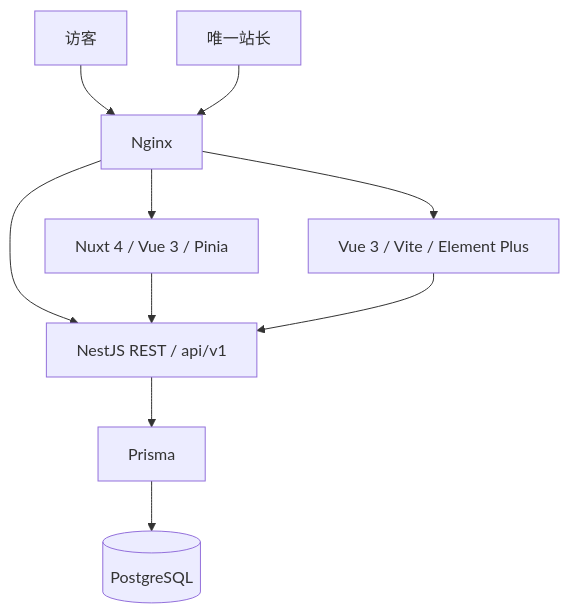
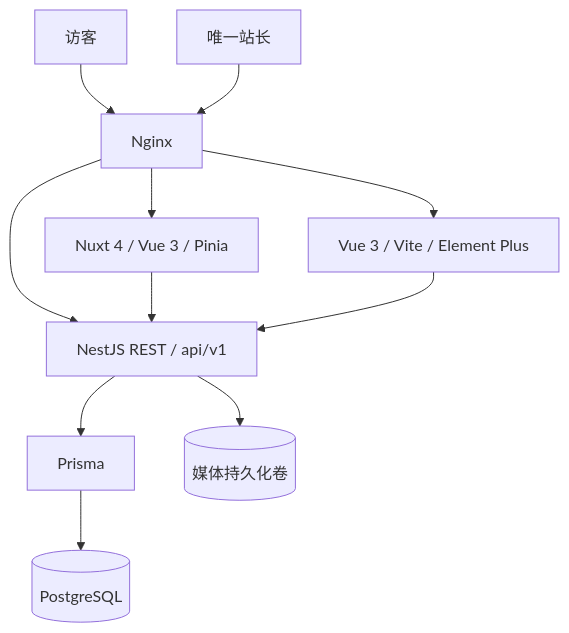
Before and after one commit to ahricool/cool: the diagram in docs/architecture.md, drawn with Mermaid. The commit also changed other lines of this file and 328 other files, not shown here.

````diff
--- a/docs/architecture.md
+++ b/docs/architecture.md
@@ -5,12 +3,13 @@
 ```mermaid
 flowchart TB
   Visitor[访客] --> Proxy[Nginx]
   Owner[唯一站长] --> Proxy
   Proxy --> Blog[Nuxt 4 / Vue 3 / Pinia]
   Proxy --> Admin[Vue 3 / Vite / Element Plus]
   Proxy --> API[NestJS REST / api/v1]
   Blog --> API
   Admin --> API
   API --> Prisma[Prisma]
   Prisma --> DB[(PostgreSQL)]
+  API --> Media[(媒体持久化卷)]
 ```
````
